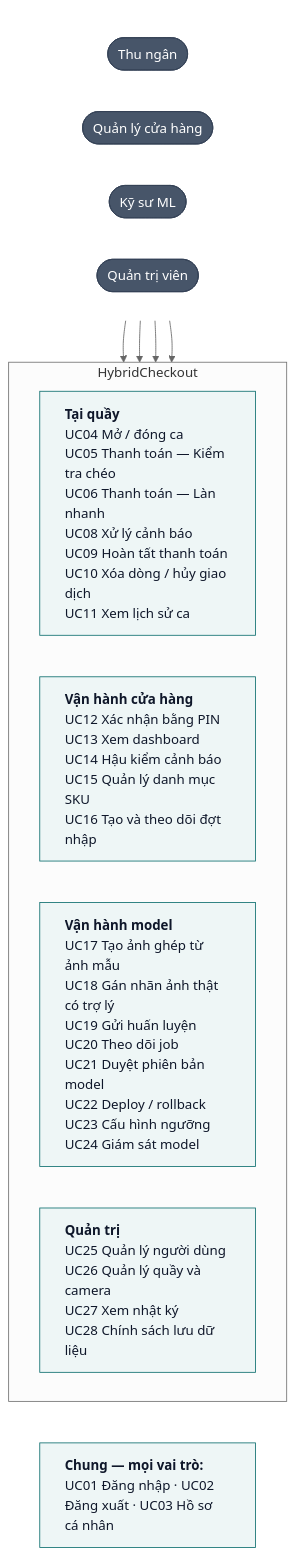
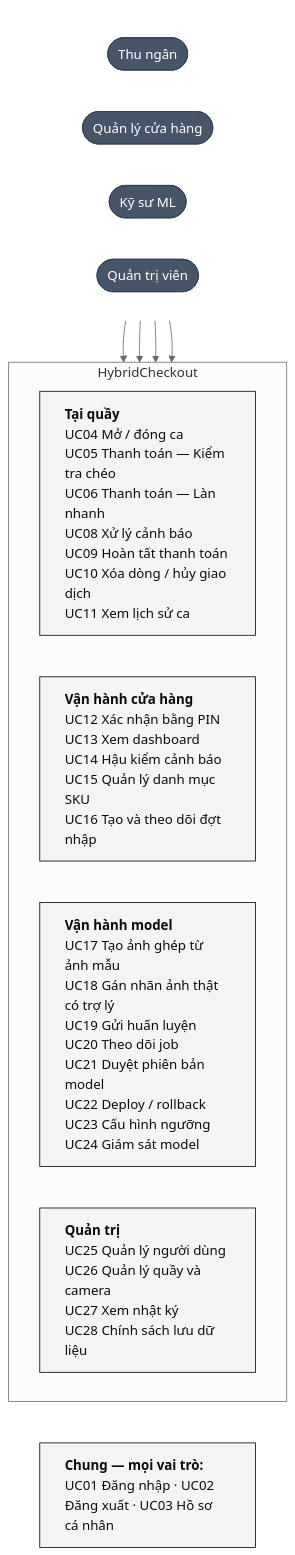
Before and after one commit to AnNguyen05092004/hybrid-checkout: the first of 5 diagrams in docs/02-use-case-user-stories.md, drawn with Mermaid (neutral theme). The commit also changed other lines of this file and 218 other files, not shown here.

````diff
--- a/docs/02-use-case-user-stories.md
+++ b/docs/02-use-case-user-stories.md
@@ -28,32 +28,32 @@
 ```mermaid
 flowchart TB
     subgraph actors[" "]
         direction LR
         cashier(["Thu ngân"])
         manager(["Quản lý cửa hàng"])
         ml(["Kỹ sư ML"])
         admin(["Quản trị viên"])
     end
 
     subgraph sys["HybridCheckout"]
         direction LR
         c["<b>Tại quầy</b><br/>UC04 Mở / đóng ca<br/>UC05 Thanh toán — Kiểm tra chéo<br/>UC06 Thanh toán — Làn nhanh<br/>UC08 Xử lý cảnh báo<br/>UC09 Hoàn tất thanh toán<br/>UC10 Xóa dòng / hủy giao dịch<br/>UC11 Xem lịch sử ca"]
         m["<b>Vận hành cửa hàng</b><br/>UC12 Xác nhận bằng PIN<br/>UC13 Xem dashboard<br/>UC14 Hậu kiểm cảnh báo<br/>UC15 Quản lý danh mục SKU<br/>UC16 Tạo và theo dõi đợt nhập"]
         l["<b>Vận hành model</b><br/>UC17 Tạo ảnh ghép từ ảnh mẫu<br/>UC18 Gán nhãn ảnh thật có trợ lý<br/>UC19 Gửi huấn luyện<br/>UC20 Theo dõi job<br/>UC21 Duyệt phiên bản model<br/>UC22 Deploy / rollback<br/>UC23 Cấu hình ngưỡng<br/>UC24 Giám sát model"]
         a["<b>Quản trị</b><br/>UC25 Quản lý người dùng<br/>UC26 Quản lý quầy và camera<br/>UC27 Xem nhật ký<br/>UC28 Chính sách lưu dữ liệu"]
     end
 
     g["<b>Chung — mọi vai trò:</b> UC01 Đăng nhập · UC02 Đăng xuất · UC03 Hồ sơ cá nhân"]
 
     cashier --> c
     manager --> m
     ml --> l
     admin --> a
     sys ~~~ g
 
     classDef actor fill:#475569,color:#fff,stroke:#334155
-    classDef box fill:#eef6f6,stroke:#0d6e6e,color:#0f172a,text-align:left
+    classDef box fill:#f4f4f3,stroke:#0b0b0b,color:#0b0b0b,text-align:left
     class cashier,manager,ml,admin actor
     class c,m,l,a,g box
     style actors fill:none,stroke:none
 ```
````
